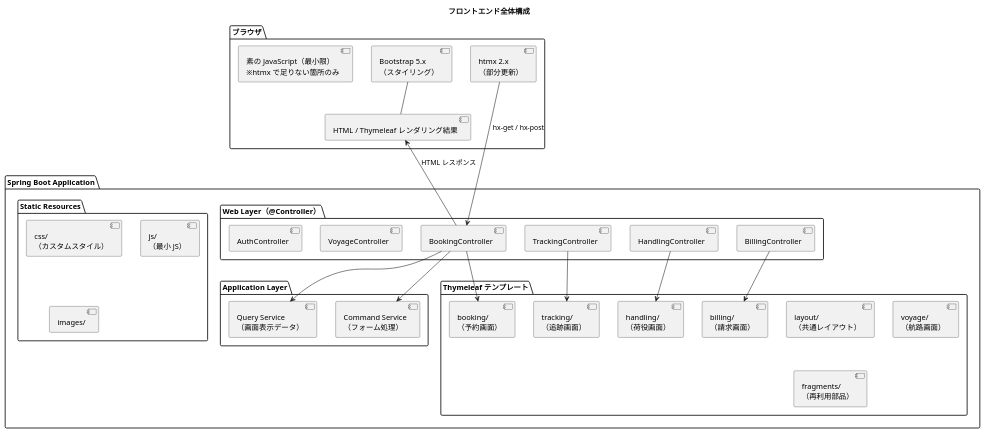
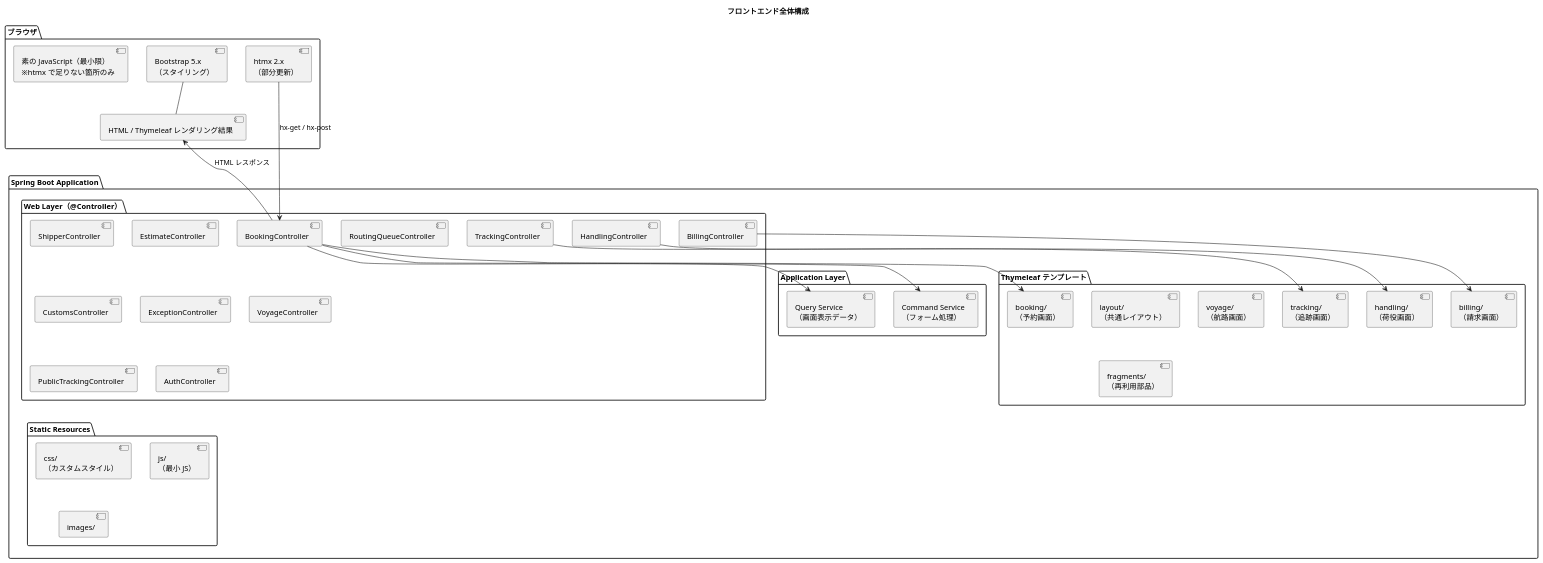
The first of 4 diagrams in docs/design/architecture_frontend.md (k2works/case-study-cargo-tracker), drawn with PlantUML before and after one commit. The commit also changed other lines of this file and 3 other files, not shown here.

````diff
--- a/docs/design/architecture_frontend.md
+++ b/docs/design/architecture_frontend.md
@@ -34,57 +34,63 @@
 ```plantuml
 @startuml
 title フロントエンド全体構成
 
 package "ブラウザ" as browser {
   [HTML / Thymeleaf レンダリング結果]
   [Bootstrap 5.x\n（スタイリング）]
   [htmx 2.x\n（部分更新）]
   [素の JavaScript（最小限）\n※htmx で足りない箇所のみ]
 }
 
 package "Spring Boot Application" as app {
 
   package "Web Layer（@Controller）" as web {
+    [ShipperController]
+    [EstimateController]
     [BookingController]
+    [RoutingQueueController]
     [TrackingController]
     [HandlingController]
+    [CustomsController]
+    [ExceptionController]
     [BillingController]
     [VoyageController]
+    [PublicTrackingController]
     [AuthController]
   }
 
   package "Thymeleaf テンプレート" as templates {
     [layout/\n（共通レイアウト）]
     [booking/\n（予約画面）]
     [tracking/\n（追跡画面）]
     [handling/\n（荷役画面）]
     [billing/\n（請求画面）]
     [voyage/\n（航路画面）]
     [fragments/\n（再利用部品）]
   }
 
   package "Static Resources" as static_res {
     [css/\n（カスタムスタイル）]
     [js/\n（最小 JS）]
     [images/]
   }
 
   package "Application Layer" as application {
     [Query Service\n（画面表示データ）]
     [Command Service\n（フォーム処理）]
   }
 }
 
 [HTML / Thymeleaf レンダリング結果] <-- [BookingController] : HTML レスポンス
 [htmx 2.x\n（部分更新）] --> [BookingController] : hx-get / hx-post
 [Bootstrap 5.x\n（スタイリング）] -- [HTML / Thymeleaf レンダリング結果]
 
 [BookingController] --> [Query Service\n（画面表示データ）]
 [BookingController] --> [Command Service\n（フォーム処理）]
 [BookingController] --> [booking/\n（予約画面）]
 [TrackingController] --> [tracking/\n（追跡画面）]
 [HandlingController] --> [handling/\n（荷役画面）]
 [BillingController] --> [billing/\n（請求画面）]
 
 @enduml
 ```
````
